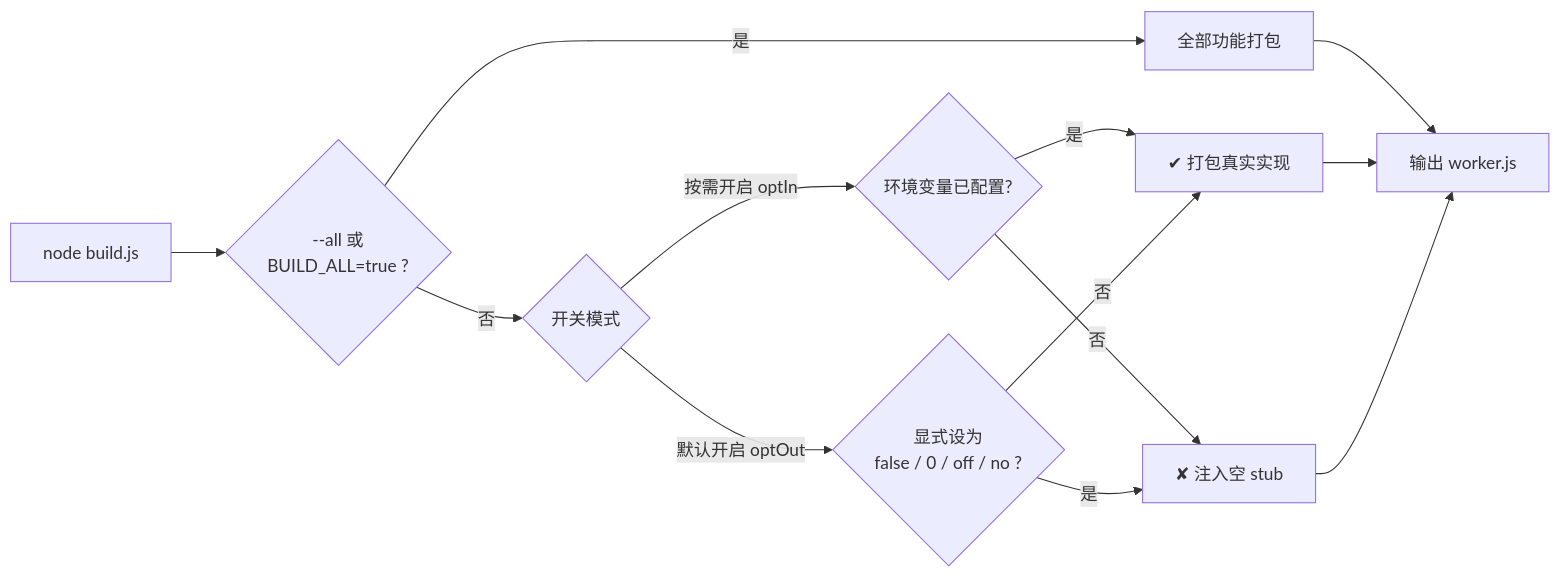
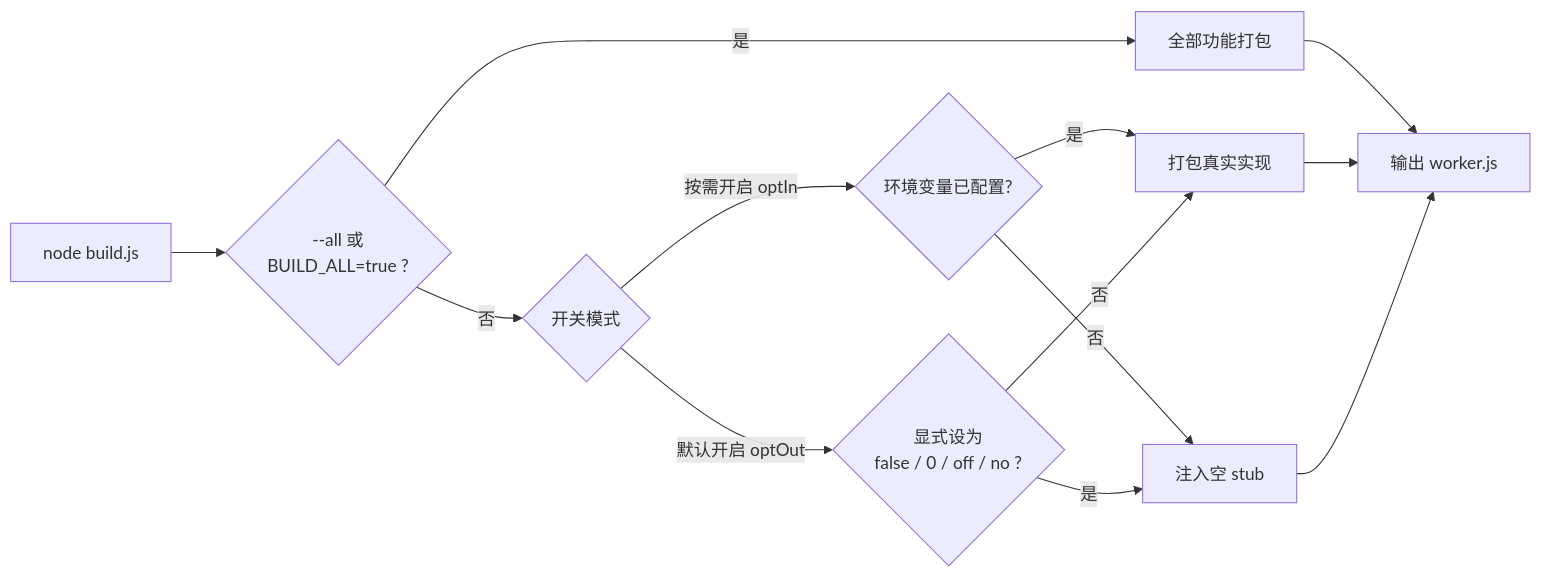
One commit to ekishion/nfd changed the diagram in docs/deployment.md. Above: the diagram before and after it, drawn with Mermaid. The commit also changed other lines of this file and 7 other files, not shown here.

````diff
--- a/docs/deployment.md
+++ b/docs/deployment.md
@@ -154,15 +154,15 @@
 ```mermaid
 flowchart LR
     A["node build.js"] --> B{"--all 或<br>BUILD_ALL=true ?"}
     B -- "是" --> C["全部功能打包"]
     B -- "否" --> D{"开关模式"}
     D -- "按需开启 optIn" --> E{"环境变量已配置?"}
-    E -- "是" --> F["✔ 打包真实实现"]
-    E -- "否" --> G["✘ 注入空 stub"]
+    E -- "是" --> F["打包真实实现"]
+    E -- "否" --> G["注入空 stub"]
     D -- "默认开启 optOut" --> H{"显式设为<br>false / 0 / off / no ?"}
     H -- "否" --> F
     H -- "是" --> G
     C --> I["输出 worker.js"]
     F --> I
     G --> I
 ```
````
